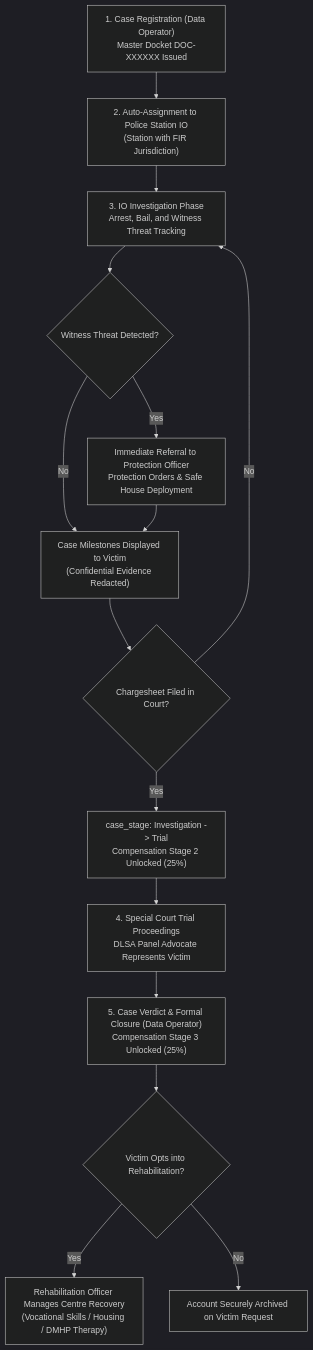
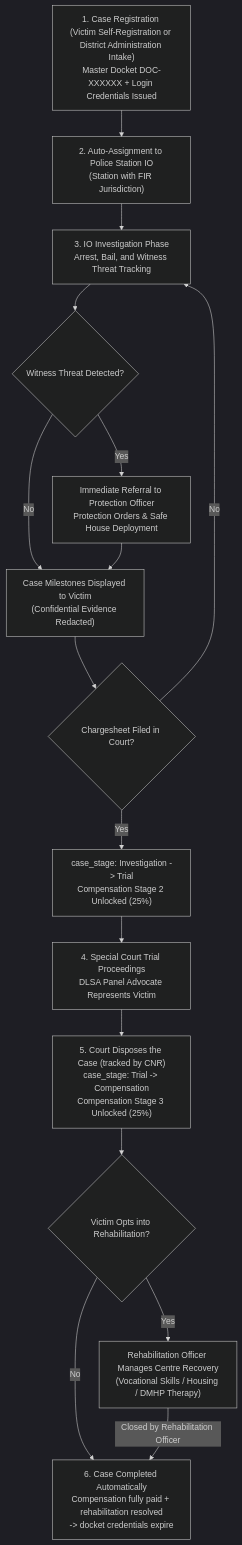
One commit to Ganga9115/Mansakha changed the third of 7 diagrams in Mansakha/README.md. Above: the diagram before and after it, drawn with Mermaid (dark theme). The commit also changed other lines of this file and 1 other file, not shown here.

First line of the commit message:
Align README with the current roles, workflows, and schema

````diff
--- a/Mansakha/README.md
+++ b/Mansakha/README.md
@@ -200,21 +200,22 @@
 ```mermaid
 graph TD
-    Reg["1. Case Registration (Data Operator)<br/>Master Docket DOC-XXXXXX Issued"] --> AssignIO["2. Auto-Assignment to Police Station IO<br/>(Station with FIR Jurisdiction)"]
+    Reg["1. Case Registration (Victim Self-Registration or District Administration Intake)<br/>Master Docket DOC-XXXXXX + Login Credentials Issued"] --> AssignIO["2. Auto-Assignment to Police Station IO<br/>(Station with FIR Jurisdiction)"]
     AssignIO --> Investigate["3. IO Investigation Phase<br/>Arrest, Bail, and Witness Threat Tracking"]
   
     Investigate --> ThreatCheck{"Witness Threat Detected?"}
     ThreatCheck -->|Yes| AlertPO["Immediate Referral to Protection Officer<br/>Protection Orders & Safe House Deployment"]
     ThreatCheck -->|No| CaseProgress["Case Milestones Displayed to Victim<br/>(Confidential Evidence Redacted)"]
     AlertPO --> CaseProgress
   
     CaseProgress --> Chargesheet{"Chargesheet Filed in Court?"}
     Chargesheet -->|Yes| UnlockStage2["case_stage: Investigation -> Trial<br/>Compensation Stage 2 Unlocked (25%)"]
     Chargesheet -->|No| Investigate
   
     UnlockStage2 --> Trial["4. Special Court Trial Proceedings<br/>DLSA Panel Advocate Represents Victim"]
-    Trial --> CaseClose["5. Case Verdict & Formal Closure (Data Operator)<br/>Compensation Stage 3 Unlocked (25%)"]
+    Trial --> CaseClose["5. Court Disposes the Case (tracked by CNR)<br/>case_stage: Trial -> Compensation<br/>Compensation Stage 3 Unlocked (25%)"]
   
     CaseClose --> RehabOptIn{"Victim Opts into Rehabilitation?"}
     RehabOptIn -->|Yes| RehabCentre["Rehabilitation Officer Manages Centre Recovery<br/>(Vocational Skills / Housing / DMHP Therapy)"]
-    RehabOptIn -->|No| Deactivate["Account Securely Archived on Victim Request"]
+    RehabOptIn -->|No| Complete["6. Case Completed Automatically<br/>Compensation fully paid + rehabilitation resolved<br/>-> docket credentials expire"]
+    RehabCentre -->|Closed by Rehabilitation Officer| Complete
 ```
````
